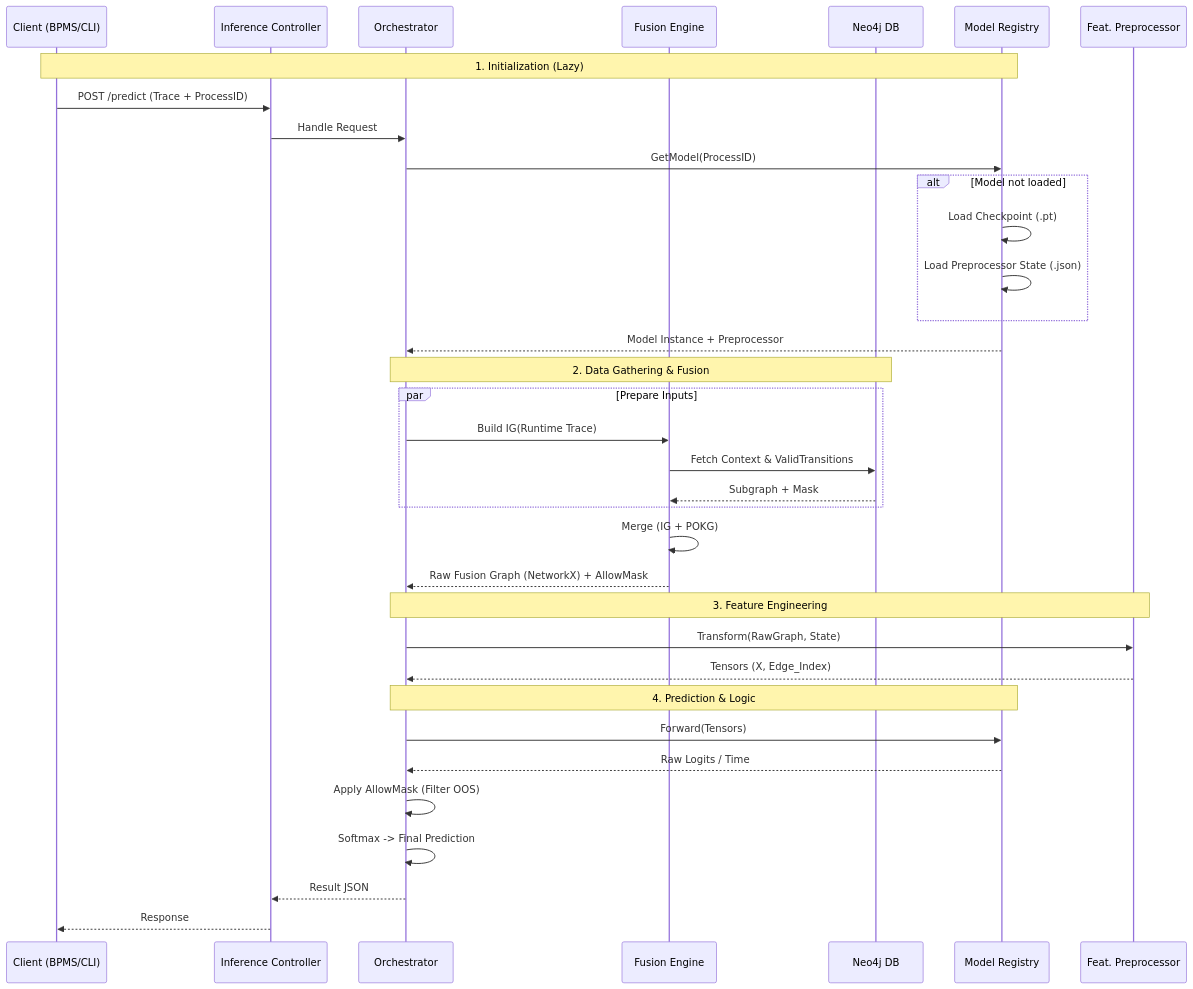
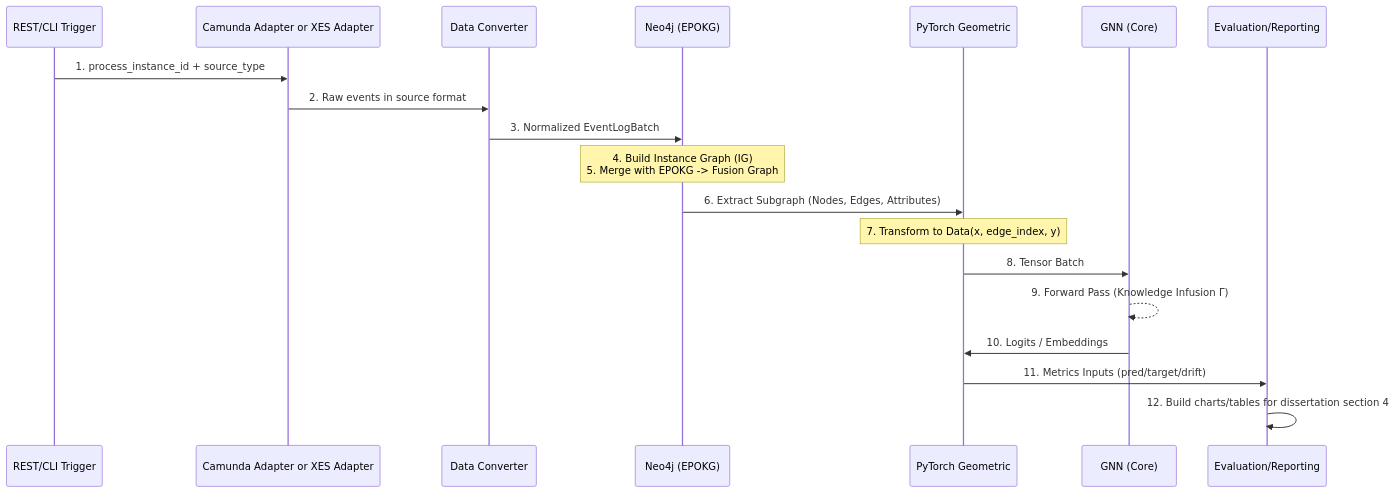
The second of 3 diagrams in ARCHITECTURE.MD (ghsrg/bpm_prediction), drawn with Mermaid before and after one commit. The commit also changed other lines of this file and 4 other files, not shown here.

Commit message:
docs: clarify camunda/xes adapters, converter, and rest api flow

````diff
--- a/ARCHITECTURE.MD
+++ b/ARCHITECTURE.MD
@@ -158,45 +269,22 @@
 ```mermaid
 sequenceDiagram
-    participant Client as Client (BPMS/CLI)
-    participant Ctrl as Inference Controller
-    participant Orch as Orchestrator
-    participant Fusion as Fusion Engine
-    participant Neo4j as Neo4j DB
-    participant Reg as Model Registry
-    participant Feat as Feat. Preprocessor
+    participant API as REST/CLI Trigger
+    participant Src as Camunda Adapter or XES Adapter
+    participant Conv as Data Converter
+    participant Graph as Neo4j (EPOKG)
+    participant PyG as PyTorch Geometric
+    participant Model as GNN (Core)
+    participant Eval as Evaluation/Reporting
 
-    Note over Client, Reg: 1. Initialization (Lazy)
-    Client->>Ctrl: POST /predict (Trace + ProcessID)
-    Ctrl->>Orch: Handle Request
-    
-    Orch->>Reg: GetModel(ProcessID)
-    alt Model not loaded
-        Reg->>Reg: Load Checkpoint (.pt)
-        Reg->>Reg: Load Preprocessor State (.json)
-    end
-    Reg-->>Orch: Model Instance + Preprocessor
-    
-    Note over Orch, Neo4j: 2. Data Gathering & Fusion
-    par Prepare Inputs
-        Orch->>Fusion: Build IG(Runtime Trace)
-        Fusion->>Neo4j: Fetch Context & ValidTransitions
-        Neo4j-->>Fusion: Subgraph + Mask
-    end
-    
-    Fusion->>Fusion: Merge (IG + POKG)
-    Fusion-->>Orch: Raw Fusion Graph (NetworkX) + AllowMask
-    
-    Note over Orch, Feat: 3. Feature Engineering
-    Orch->>Feat: Transform(RawGraph, State)
-    Feat-->>Orch: Tensors (X, Edge_Index)
-    
-    Note over Orch, Reg: 4. Prediction & Logic
-    Orch->>Reg: Forward(Tensors)
-    Reg-->>Orch: Raw Logits / Time
-    
-    Orch->>Orch: Apply AllowMask (Filter OOS)
-    Orch->>Orch: Softmax -> Final Prediction
-    
-    Orch-->>Ctrl: Result JSON
-    Ctrl-->>Client: Response
+    API->>Src: 1. process_instance_id + source_type
+    Src->>Conv: 2. Raw events in source format
+    Conv->>Graph: 3. Normalized EventLogBatch
+    Note over Graph: 4. Build Instance Graph (IG)<br/>5. Merge with EPOKG -> Fusion Graph
+    Graph->>PyG: 6. Extract Subgraph (Nodes, Edges, Attributes)
+    Note over PyG: 7. Transform to Data(x, edge_index, y)
+    PyG->>Model: 8. Tensor Batch
+    Model-->>Model: 9. Forward Pass (Knowledge Infusion Γ)
+    Model->>PyG: 10. Logits / Embeddings
+    PyG->>Eval: 11. Metrics Inputs (pred/target/drift)
+    Eval->>Eval: 12. Build charts/tables for dissertation section 4
 ```
````
